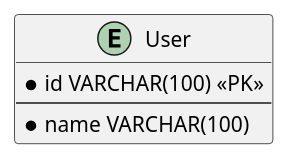
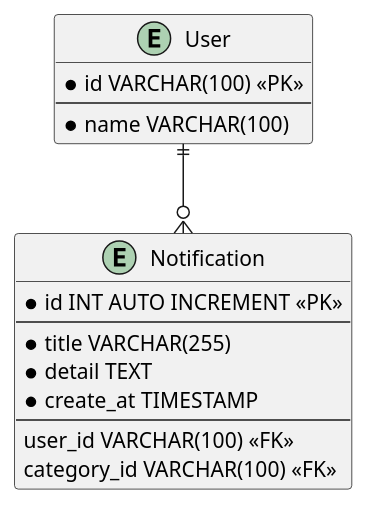
The diagram in uml/notification.puml (alwani03/learn-mysql-notifications), drawn with PlantUML before and after one commit. The commit also changed 1 other file, not shown here.

```diff
--- a/uml/notification.puml
+++ b/uml/notification.puml
@@ -1,9 +1,22 @@
 @startuml
 
     entity User {
         * id VARCHAR(100) <<PK>>
         --
         * name VARCHAR(100)
     }
 
+    entity Notification {
+         * id INT AUTO INCREMENT <<PK>>
+         --
+         * title VARCHAR(255)
+         * detail TEXT
+         * create_at TIMESTAMP
+         --
+         user_id VARCHAR(100) <<FK>>
+         category_id VARCHAR(100) <<FK>>
+    }
+
+User ||--o{ Notification
+
 @enduml
```
